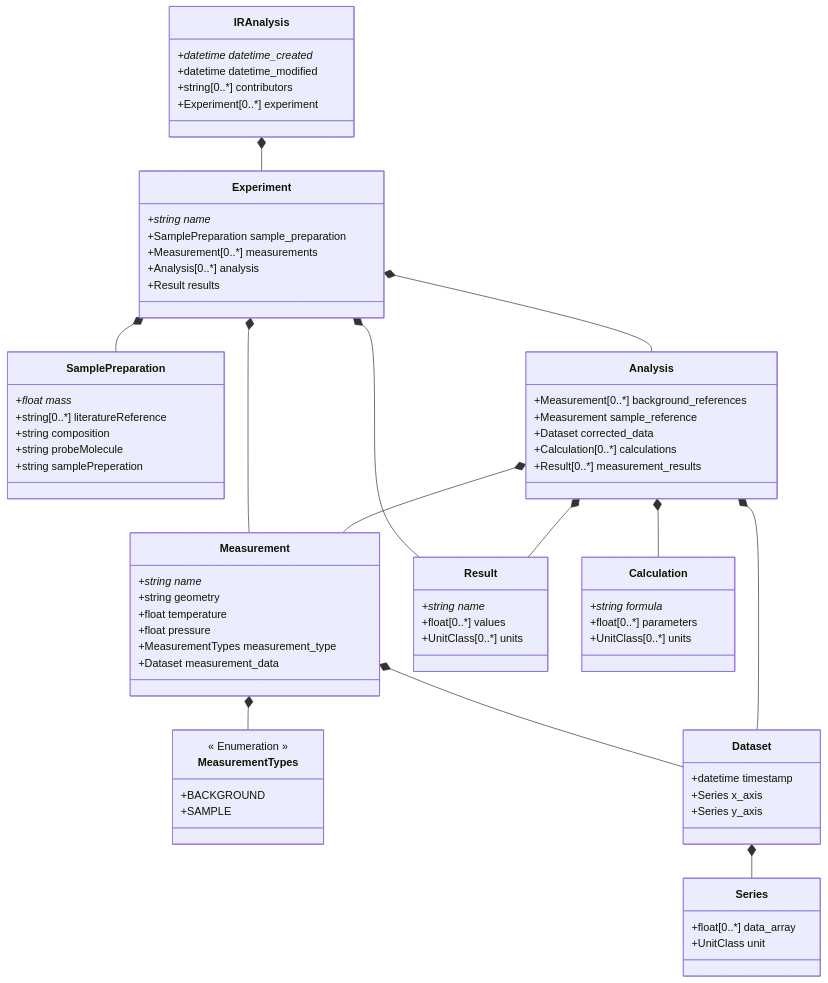
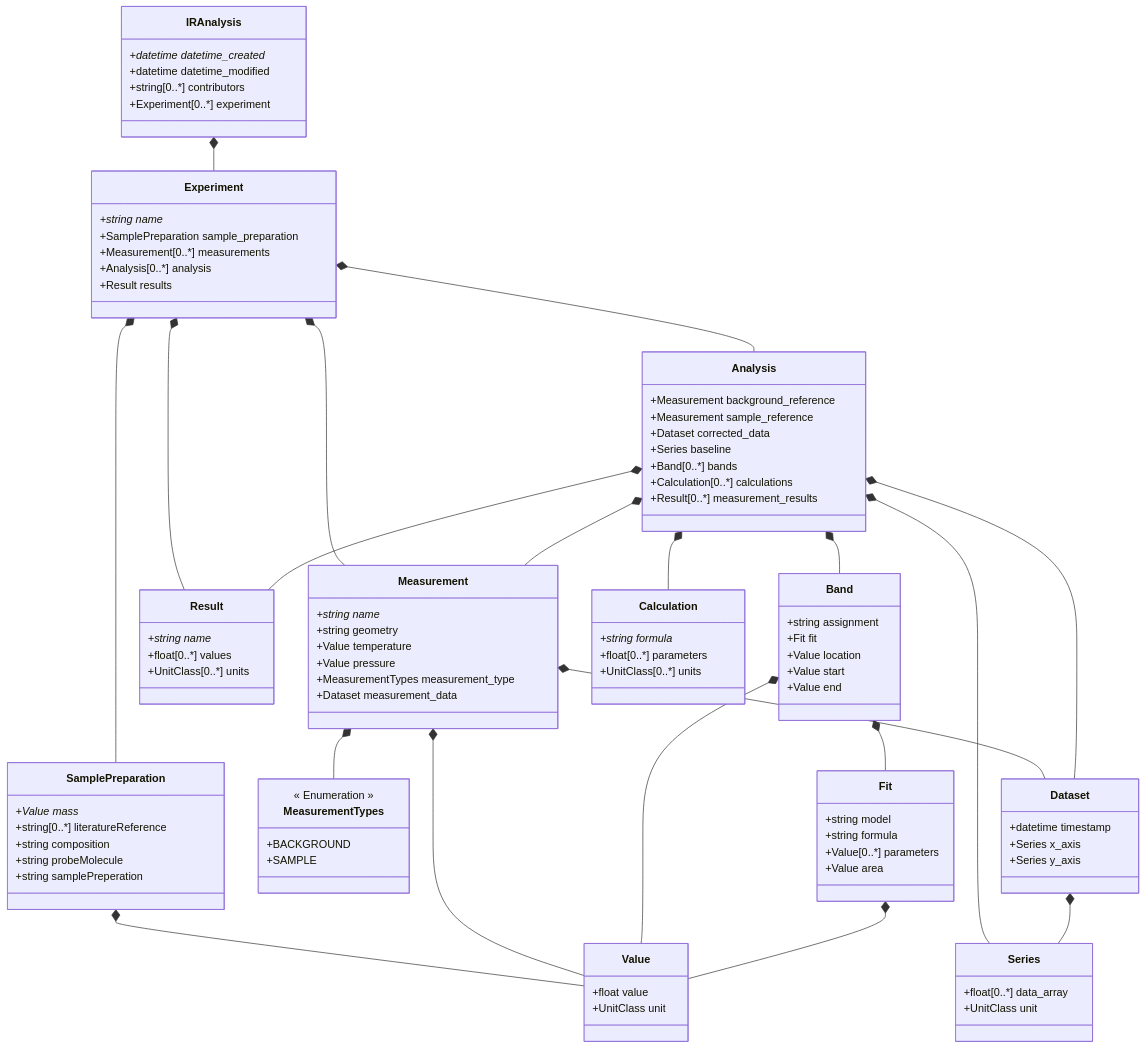
One commit to FAIRChemistry/IRAnalysis changed the diagram in datamodel/schemes/datamodel_schema.md. Above: the diagram before and after it, drawn with Mermaid. The commit also changed 25 other files, not shown here.

```diff
--- a/datamodel/schemes/datamodel_schema.md
+++ b/datamodel/schemes/datamodel_schema.md
@@ -5,12 +5,19 @@
     Experiment *-- Measurement
     Experiment *-- Analysis
     Experiment *-- Result
+    SamplePreparation *-- Value
     Measurement *-- MeasurementTypes
     Measurement *-- Dataset
+    Measurement *-- Value
     Analysis *-- Measurement
+    Analysis *-- Band
     Analysis *-- Calculation
     Analysis *-- Result
     Analysis *-- Dataset
+    Analysis *-- Series
+    Band *-- Fit
+    Band *-- Value
+    Fit *-- Value
     Dataset *-- Series
     
     class IRAnalysis {
@@ -29,7 +36,7 @@
     }
     
     class SamplePreparation {
-        +float mass*
+        +Value mass*
         +string[0..*] literatureReference
         +string composition
         +string probeMolecule
@@ -39,18 +46,35 @@
     class Measurement {
         +string name*
         +string geometry
-        +float temperature
-        +float pressure
+        +Value temperature
+        +Value pressure
         +MeasurementTypes measurement_type
         +Dataset measurement_data
     }
     
     class Analysis {
-        +Measurement[0..*] background_references
+        +Measurement background_reference
         +Measurement sample_reference
         +Dataset corrected_data
+        +Series baseline
+        +Band[0..*] bands
         +Calculation[0..*] calculations
         +Result[0..*] measurement_results
+    }
+    
+    class Band {
+        +string assignment
+        +Fit fit
+        +Value location
+        +Value start
+        +Value end
+    }
+    
+    class Fit {
+        +string model
+        +string formula
+        +Value[0..*] parameters
+        +Value area
     }
     
     class Calculation {
@@ -76,6 +100,11 @@
         +UnitClass unit
     }
     
+    class Value {
+        +float value
+        +UnitClass unit
+    }
+    
     class MeasurementTypes {
         << Enumeration >>
         +BACKGROUND
```
